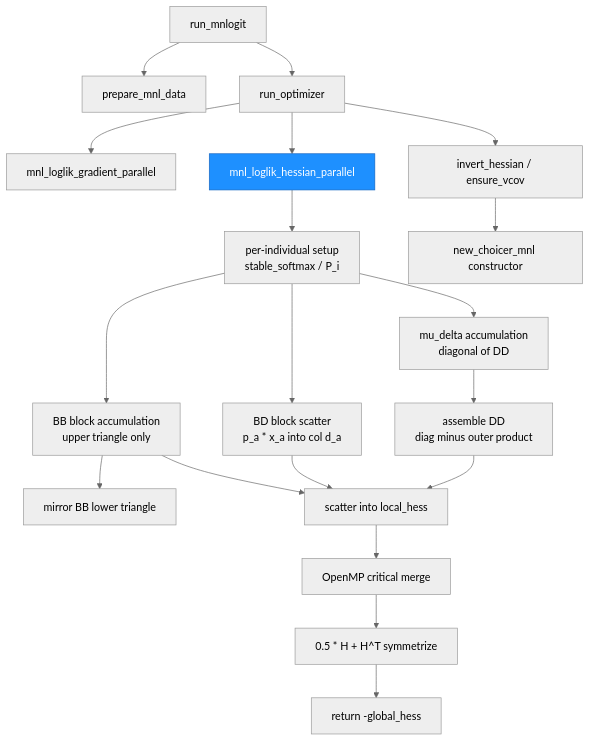
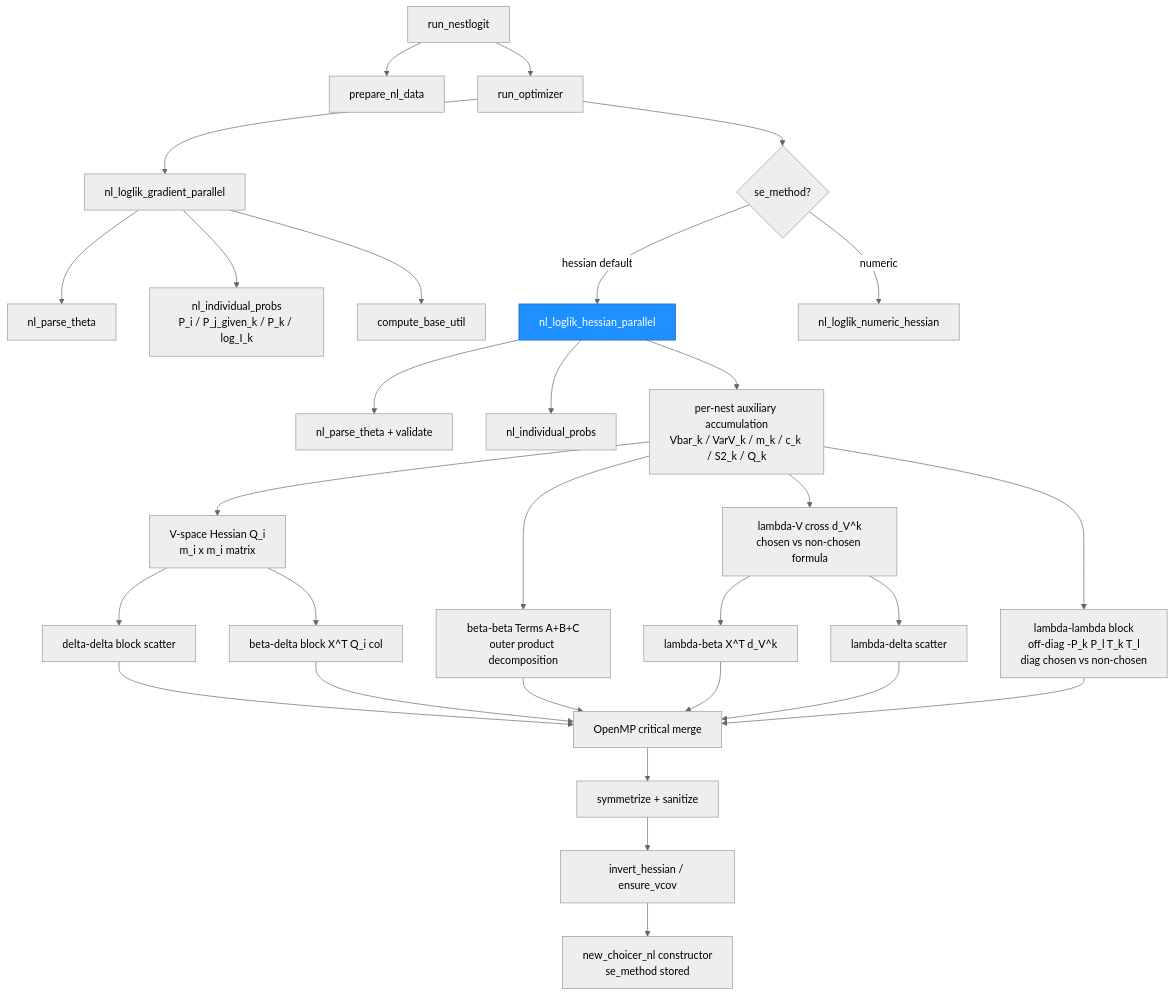
Before and after one commit to fpcordeiro/choicer: the second of 3 diagrams in ARCHITECTURE.md, drawn with Mermaid. The commit also changed other lines of this file and 1 other file, not shown here.

First line of the commit message:
docs(nl): §4 analytical Hessian derivation (all blocks)

````diff
--- a/ARCHITECTURE.md
+++ b/ARCHITECTURE.md
@@ -118,23 +123,34 @@
 ```mermaid
 %%{init: {'theme': 'neutral'}}%%
 graph TD
-    A[run_mnlogit] --> B[prepare_mnl_data]
+    A[run_nestlogit] --> B[prepare_nl_data]
     A --> C[run_optimizer]
-    C --> D[mnl_loglik_gradient_parallel]
-    C --> E[mnl_loglik_hessian_parallel]
-    style E fill:#1e90ff,stroke:#1565c0,color:#fff
-    E --> E1[per-individual setup<br/>stable_softmax / P_i]
-    E1 --> E2[BB block accumulation<br/>upper triangle only]
-    E1 --> E3[BD block scatter<br/>p_a * x_a into col d_a]
-    E1 --> E4[mu_delta accumulation<br/>diagonal of DD]
-    E2 --> E5[mirror BB lower triangle]
-    E4 --> E6[assemble DD<br/>diag minus outer product]
-    E2 --> E7[scatter into local_hess]
-    E3 --> E7
-    E6 --> E7
-    E7 --> E8[OpenMP critical merge]
-    E8 --> E9[0.5 * H + H^T symmetrize]
-    E9 --> E10[return -global_hess]
-    C --> F[invert_hessian / ensure_vcov]
-    F --> G[new_choicer_mnl constructor]
+    C --> D[nl_loglik_gradient_parallel]
+    D --> D1[nl_parse_theta]
+    D --> D2[nl_individual_probs<br/>P_i / P_j_given_k / P_k / log_I_k]
+    D --> D3[compute_base_util]
+    C --> E{se_method?}
+    E -- hessian default --> F[nl_loglik_hessian_parallel]
+    E -- numeric --> G[nl_loglik_numeric_hessian]
+    style F fill:#1e90ff,stroke:#1565c0,color:#fff
+    F --> F1[nl_parse_theta + validate]
+    F --> F2[nl_individual_probs]
+    F --> F3[per-nest auxiliary accumulation<br/>Vbar_k / VarV_k / m_k / c_k / S2_k / Q_k]
+    F3 --> F4[V-space Hessian Q_i<br/>m_i x m_i matrix]
+    F4 --> F5[delta-delta block scatter]
+    F4 --> F6[beta-delta block X^T Q_i col]
+    F3 --> F7[beta-beta Terms A+B+C<br/>outer product decomposition]
+    F3 --> F8[lambda-V cross d_V^k<br/>chosen vs non-chosen formula]
+    F8 --> F9[lambda-beta X^T d_V^k]
+    F8 --> F10[lambda-delta scatter]
+    F3 --> F11[lambda-lambda block<br/>off-diag -P_k P_l T_k T_l<br/>diag chosen vs non-chosen]
+    F5 --> F12[OpenMP critical merge]
+    F6 --> F12
+    F7 --> F12
+    F9 --> F12
+    F10 --> F12
+    F11 --> F12
+    F12 --> F13[symmetrize + sanitize]
+    F13 --> H[invert_hessian / ensure_vcov]
+    H --> I[new_choicer_nl constructor<br/>se_method stored]
 ```
````
